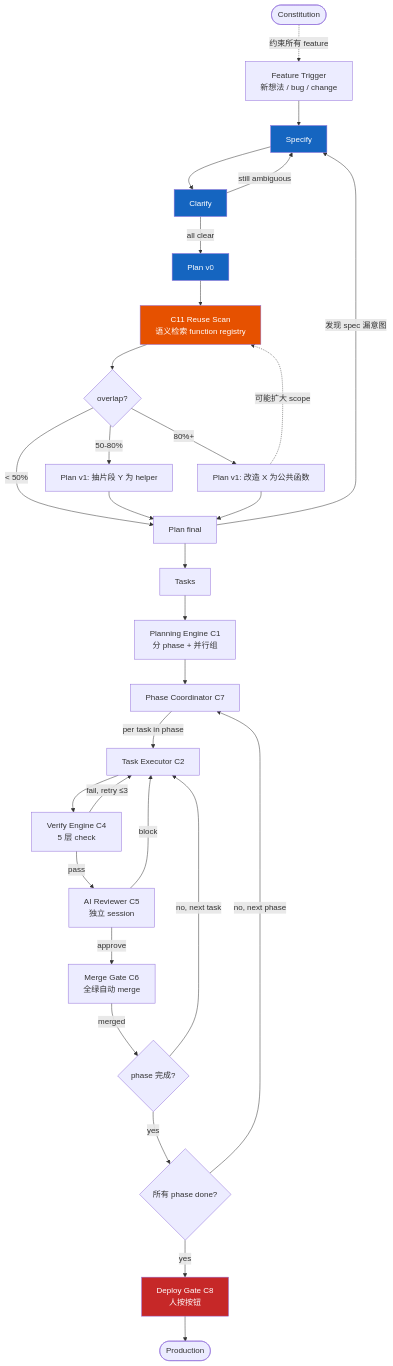
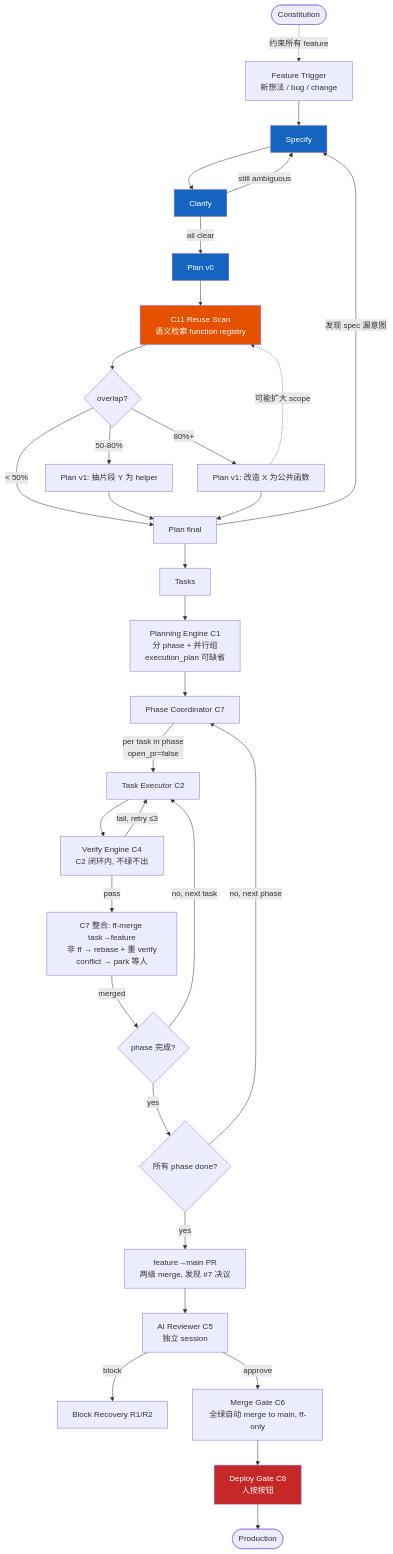
One commit to chinaszzt/suiyin-v4 changed the second of 11 diagrams in docs/sdd/diagrams.md. Above: the diagram before and after it, drawn with Mermaid. The commit also changed other lines of this file and 4 other files, not shown here.

First line of the commit message:
docs(c7-cascade): sy-tasks 两档边界规则 + 主流程图两级 merge 重绘 + r3 dogfood 纪录

````diff
--- a/docs/sdd/diagrams.md
+++ b/docs/sdd/diagrams.md
@@ -27,38 +27,40 @@
 ```mermaid
 flowchart TD
     A([Constitution]) -.->|约束所有 feature| B
     B[Feature Trigger<br/>新想法 / bug / change] --> C[Specify]
     C --> D[Clarify]
     D -->|still ambiguous| C
     D -->|all clear| E[Plan v0]
     E --> RS[C11 Reuse Scan<br/>语义检索 function registry]
     RS --> RD{overlap?}
     RD -->|< 50%| F[Plan final]
     RD -->|50-80%| RV[Plan v1: 抽片段 Y 为 helper]
     RD -->|80%+| RV2[Plan v1: 改造 X 为公共函数]
     RV --> F
     RV2 -.->|可能扩大 scope| RS
     RV2 --> F
     F -->|发现 spec 漏意图| C
     F --> G[Tasks]
-    G --> H[Planning Engine C1<br/>分 phase + 并行组]
+    G --> H[Planning Engine C1<br/>分 phase + 并行组<br/>execution_plan 可缺省]
     H --> I[Phase Coordinator C7]
-    I -->|per task in phase| J[Task Executor C2]
-    J --> K[Verify Engine C4<br/>5 层 check]
+    I -->|per task in phase<br/>open_pr=false| J[Task Executor C2]
+    J --> K[Verify Engine C4<br/>C2 闭环内, 不绿不出]
     K -->|fail, retry ≤3| J
-    K -->|pass| L[AI Reviewer C5<br/>独立 session]
-    L -->|block| J
-    L -->|approve| M[Merge Gate C6<br/>全绿自动 merge]
-    M -->|merged| N{phase 完成?}
+    K -->|pass| IM[C7 整合: ff-merge task→feature<br/>非 ff → rebase + 重 verify<br/>conflict → park 等人]
+    IM -->|merged| N{phase 完成?}
     N -->|no, next task| J
     N -->|yes| O{所有 phase done?}
     O -->|no, next phase| I
-    O -->|yes| P[Deploy Gate C8<br/>人按按钮]
+    O -->|yes| FB[feature→main PR<br/>两级 merge, 发现 #7 决议]
+    FB --> L[AI Reviewer C5<br/>独立 session]
+    L -->|block| BR[Block Recovery R1/R2]
+    L -->|approve| M[Merge Gate C6<br/>全绿自动 merge to main, ff-only]
+    M --> P[Deploy Gate C8<br/>人按按钮]
     P --> Q([Production])
 
     style C fill:#1565C0,color:#fff
     style D fill:#1565C0,color:#fff
     style E fill:#1565C0,color:#fff
     style RS fill:#E65100,color:#fff
     style P fill:#C62828,color:#fff
 ```
````
